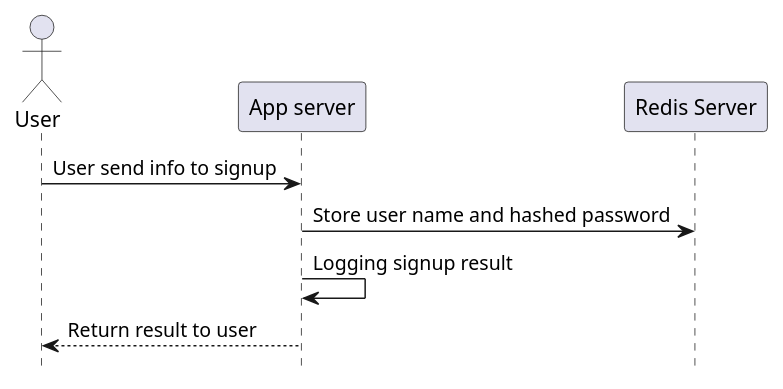
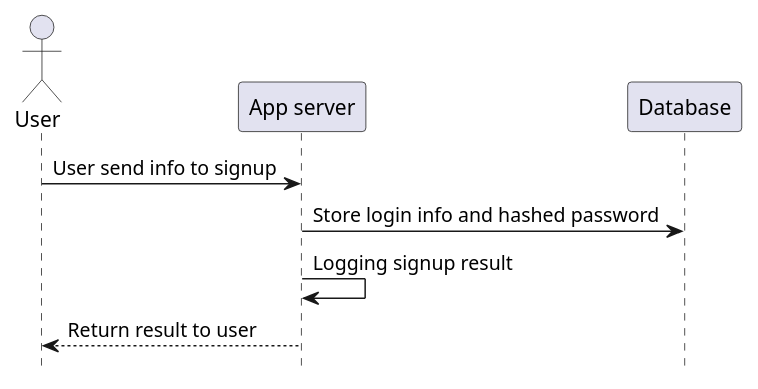
One commit to truongnh28/pchat changed the diagram in docs/SignUp.puml. Above: the diagram before and after it, drawn with PlantUML. The commit also changed 40 other files, not shown here.

```diff
--- a/docs/SignUp.puml
+++ b/docs/SignUp.puml
@@ -1,11 +1,11 @@
 @startuml
 hide footbox
 
 actor "User"
 
 "User" -> "App server": User send info to signup
-"App server" -> "Redis Server": Store user name and hashed password
+"App server" -> "Database": Store login info and hashed password
 "App server" -> "App server": Logging signup result
 "App server" --> "User": Return result to user
 
 @enduml
```
